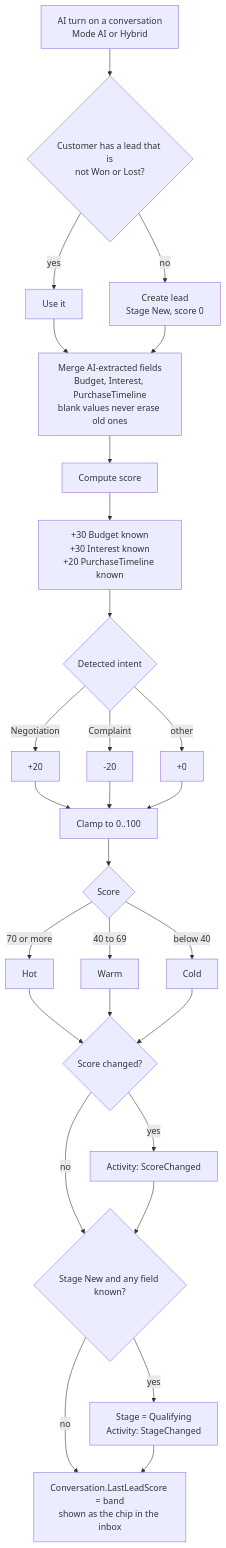
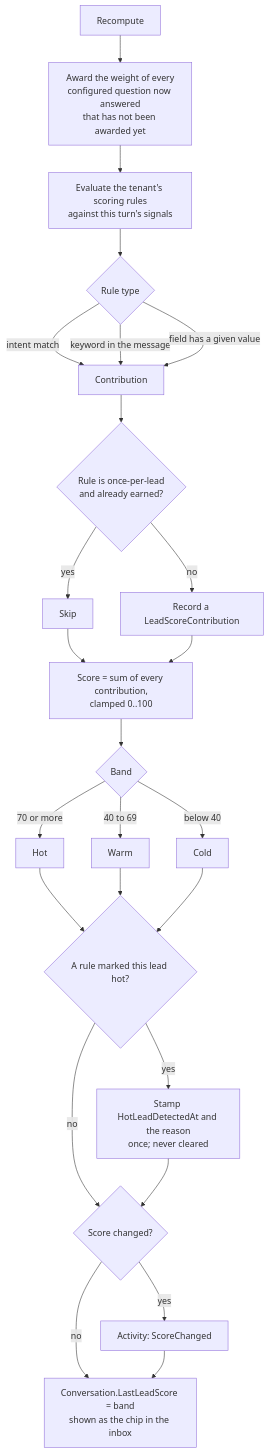
The second of 4 diagrams in src/app/features/leads/FLOWS.md (aquarianchd83/AI-Sales-Automation-System-angular), drawn with Mermaid before and after one commit. The commit also changed other lines of this file and 9 other files, not shown here.

````diff
--- a/src/app/features/leads/FLOWS.md
+++ b/src/app/features/leads/FLOWS.md
@@ -17,25 +41,24 @@
 ```mermaid
 flowchart TD
-    T["AI turn on a conversation<br/>Mode AI or Hybrid"] --> G{"Customer has a lead that is<br/>not Won or Lost?"}
-    G -- yes --> L["Use it"]
-    G -- no --> N["Create lead<br/>Stage New, score 0"]
-    L & N --> M["Merge AI-extracted fields<br/>Budget, Interest, PurchaseTimeline<br/>blank values never erase old ones"]
-    M --> S["Compute score"]
-    S --> S1["+30 Budget known<br/>+30 Interest known<br/>+20 PurchaseTimeline known"]
-    S1 --> S2{"Detected intent"}
-    S2 -- Negotiation --> P["+20"]
-    S2 -- Complaint --> Q["-20"]
-    S2 -- other --> Z["+0"]
-    P & Q & Z --> C["Clamp to 0..100"]
-    C --> B{"Score"}
+    S["Recompute"] --> W["Award the weight of every<br/>configured question now answered<br/>that has not been awarded yet"]
+    W --> R["Evaluate the tenant's scoring rules<br/>against this turn's signals"]
+    R --> R1{"Rule type"}
+    R1 -- "intent match" --> C1["Contribution"]
+    R1 -- "keyword in the message" --> C1
+    R1 -- "field has a given value" --> C1
+    C1 --> ONCE{"Rule is once-per-lead<br/>and already earned?"}
+    ONCE -- yes --> SKIP["Skip"]
+    ONCE -- no --> ADD["Record a LeadScoreContribution"]
+    SKIP & ADD --> SUM["Score = sum of every contribution,<br/>clamped 0..100"]
+    SUM --> B{"Band"}
     B -- "70 or more" --> HOT["Hot"]
     B -- "40 to 69" --> WARM["Warm"]
     B -- "below 40" --> COLD["Cold"]
-    HOT & WARM & COLD --> CH{"Score changed?"}
+    HOT & WARM & COLD --> MARK{"A rule marked this lead hot?"}
+    MARK -- yes --> STAMP["Stamp HotLeadDetectedAt and the reason<br/>once; never cleared"]
+    MARK -- no --> CH
+    STAMP --> CH{"Score changed?"}
     CH -- yes --> A1["Activity: ScoreChanged"]
-    CH -- no --> ST
-    A1 --> ST{"Stage New and any field known?"}
-    ST -- yes --> A2["Stage = Qualifying<br/>Activity: StageChanged"]
-    ST -- no --> END1
-    A2 --> END1["Conversation.LastLeadScore = band<br/>shown as the chip in the inbox"]
+    CH -- no --> END1
+    A1 --> END1["Conversation.LastLeadScore = band<br/>shown as the chip in the inbox"]
 ```
````
